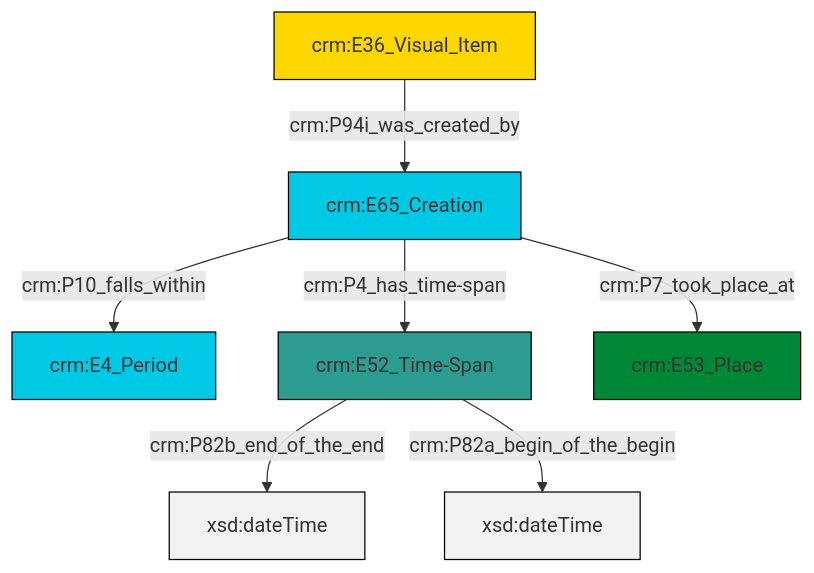
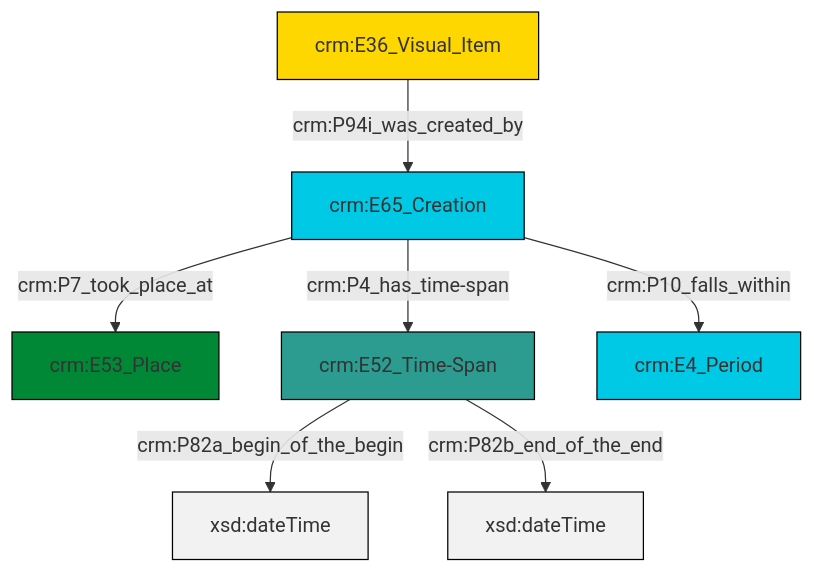
Before and after one commit to swiss-art-research-net/docs.swissartresearch: the diagram in et/imgCSV/ttl/mmd/img_existence.ttl.mmd, drawn with Mermaid. The commit also changed 237 other files, not shown here.

```diff
--- a/et/imgCSV/ttl/mmd/img_existence.ttl.mmd
+++ b/et/imgCSV/ttl/mmd/img_existence.ttl.mmd
@@ -1,21 +1,21 @@
 graph TD
 classDef Literal fill:#f2f2f2,stroke:#000000;
 classDef CRM_Entity fill:#FFFFFF,stroke:#000000;
 classDef Temporal_Entity fill:#00C9E6, stroke:#000000;
 classDef Type fill:#E18312, stroke:#000000;
 classDef Time-Span fill:#2C9C91, stroke:#000000;
 classDef Appellation fill:#FFEB7F, stroke:#000000;
 classDef Place fill:#008836, stroke:#000000;
 classDef Persistent_Item fill:#B266B2, stroke:#000000;
 classDef Conceptual_Object fill:#FFD700, stroke:#000000;
 classDef Physical_Thing fill:#D2B48C, stroke:#000000;
 classDef Actor fill:#f58aad, stroke:#000000;
 classDef PC_Classes fill:#4ce600, stroke:#000000;
 classDef Multi fill:#cccccc,stroke:#000000;
 
-0["crm:E65_Creation"]:::Temporal_Entity -->|crm:P10_falls_within| 1["crm:E4_Period"]:::Temporal_Entity
+0["crm:E65_Creation"]:::Temporal_Entity -->|crm:P7_took_place_at| 1["crm:E53_Place"]:::Place
+2["crm:E52_Time-Span"]:::Time-Span -->|crm:P82a_begin_of_the_begin| 3[xsd:dateTime]:::Literal
+0["crm:E65_Creation"]:::Temporal_Entity -->|crm:P10_falls_within| 4["crm:E4_Period"]:::Temporal_Entity
+7["crm:E36_Visual_Item"]:::Conceptual_Object -->|crm:P94i_was_created_by| 0["crm:E65_Creation"]:::Temporal_Entity
 0["crm:E65_Creation"]:::Temporal_Entity -->|crm:P4_has_time-span| 2["crm:E52_Time-Span"]:::Time-Span
-2["crm:E52_Time-Span"]:::Time-Span -->|crm:P82b_end_of_the_end| 6[xsd:dateTime]:::Literal
-8["crm:E36_Visual_Item"]:::Conceptual_Object -->|crm:P94i_was_created_by| 0["crm:E65_Creation"]:::Temporal_Entity
-0["crm:E65_Creation"]:::Temporal_Entity -->|crm:P7_took_place_at| 3["crm:E53_Place"]:::Place
-2["crm:E52_Time-Span"]:::Time-Span -->|crm:P82a_begin_of_the_begin| 11[xsd:dateTime]:::Literal
+2["crm:E52_Time-Span"]:::Time-Span -->|crm:P82b_end_of_the_end| 10[xsd:dateTime]:::Literal
```
